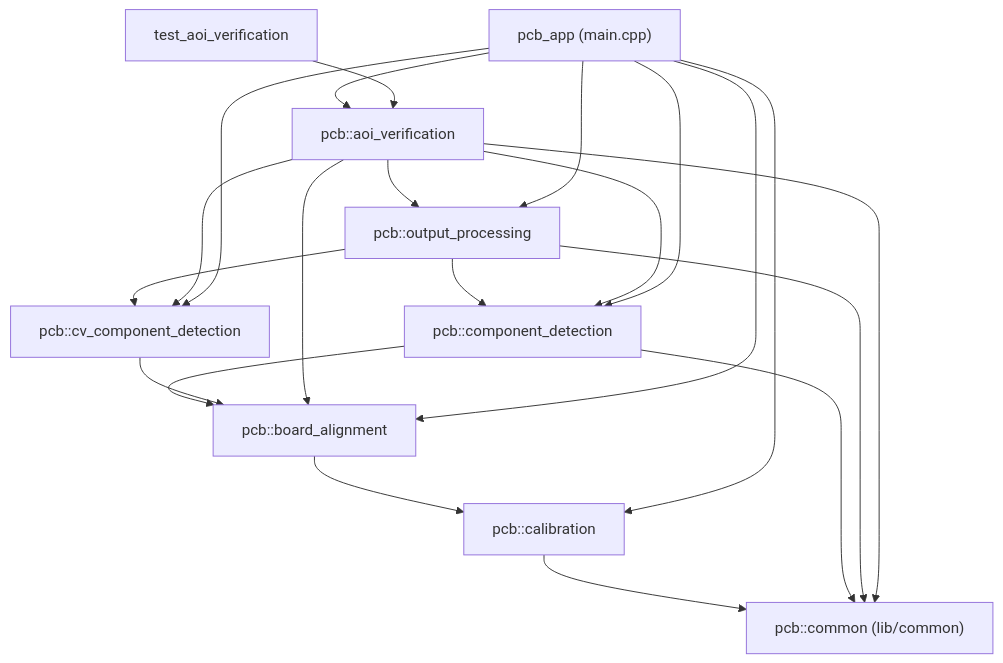
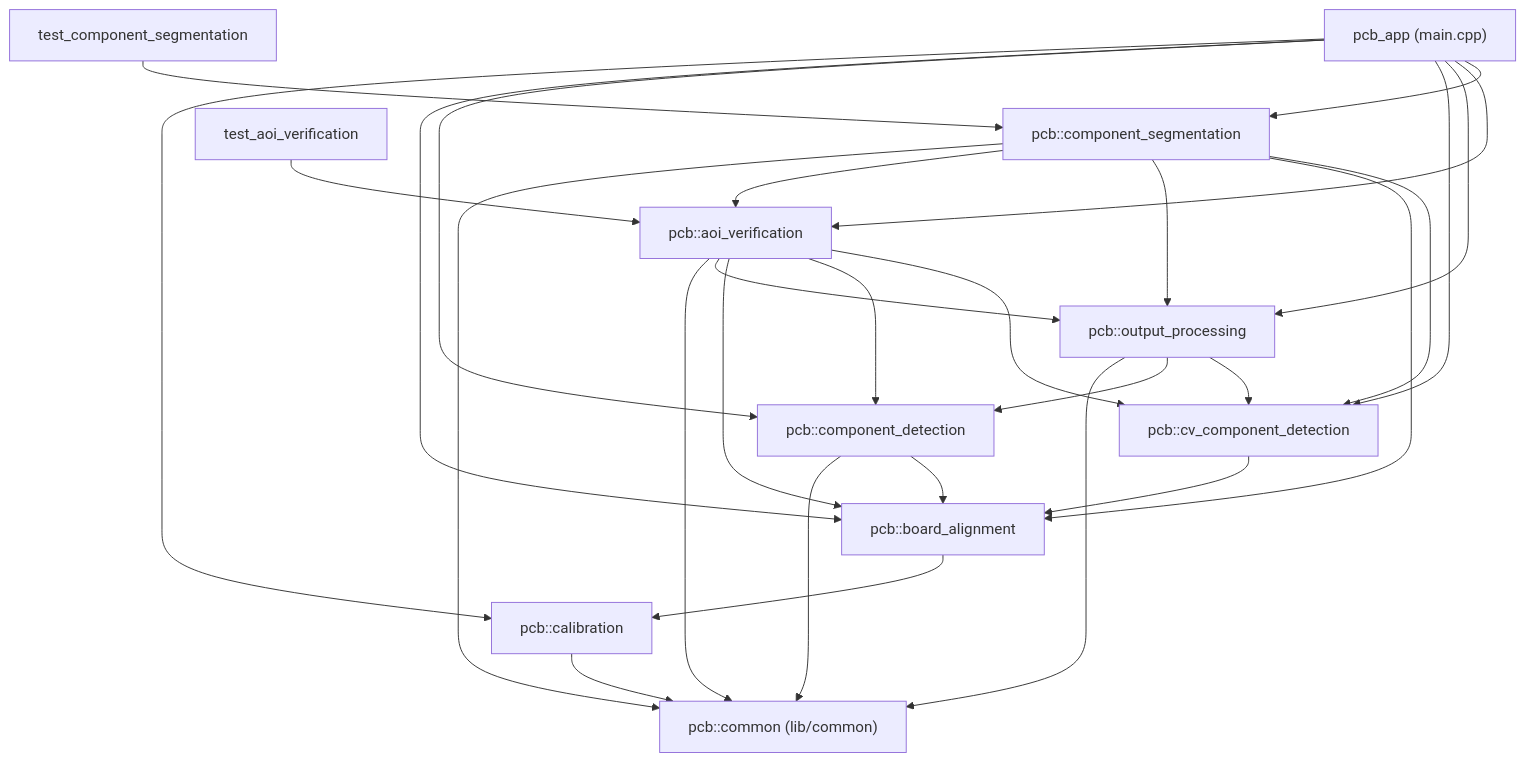
The diagram in doc/description_of_project.md (alexpauro/PcbDetectionAllignmentLeonardo), drawn with Mermaid before and after one commit. The commit also changed other lines of this file and 13 other files, not shown here.

````diff
--- a/doc/description_of_project.md
+++ b/doc/description_of_project.md
@@ -97,36 +109,46 @@
 ```mermaid
 graph TD
     COM["pcb::common (lib/common)"]
     CAL["pcb::calibration"]
     BAL["pcb::board_alignment"]
     DET["pcb::component_detection"]
     CVD["pcb::cv_component_detection"]
     OUT["pcb::output_processing"]
     AOI["pcb::aoi_verification"]
+    SEG["pcb::component_segmentation"]
     APP["pcb_app (main.cpp)"]
-    TEST["test_aoi_verification"]
+    TEST1["test_aoi_verification"]
+    TEST2["test_component_segmentation"]
 
     CAL --> COM
     DET --> COM
     OUT --> COM
     AOI --> COM
+    SEG --> COM
 
     BAL --> CAL
     DET --> BAL
     CVD --> BAL
     OUT --> DET
     OUT --> CVD
     AOI --> OUT
     AOI --> BAL
     AOI --> DET
     AOI --> CVD
 
+    SEG --> AOI
+    SEG --> OUT
+    SEG --> BAL
+    SEG --> CVD
+
     APP --> CAL
     APP --> BAL
     APP --> DET
     APP --> CVD
     APP --> OUT
     APP --> AOI
+    APP --> SEG
 
-    TEST --> AOI
+    TEST1 --> AOI
+    TEST2 --> SEG
 ```
````
